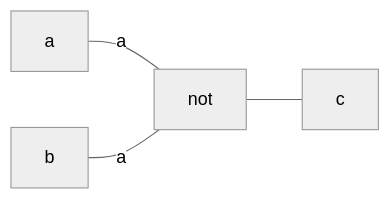
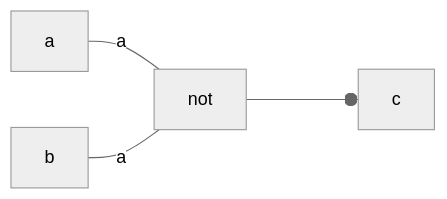
The diagram in CSDS 281 - Logic Design/HW/3/Tables.md (tnichols217/notes), drawn with Mermaid (neutral theme) before and after one commit.

Commit message:
vault backup: 2024-02-14 14:56:19

````diff
--- a/CSDS 281 - Logic Design/HW/3/Tables.md
+++ b/CSDS 281 - Logic Design/HW/3/Tables.md
@@ -14,7 +14,7 @@
 ```mermaid
 flowchart LR
 
 a ---|a| not
 b ---|a| not
-not --- c
+not ---o c
 ```
````
